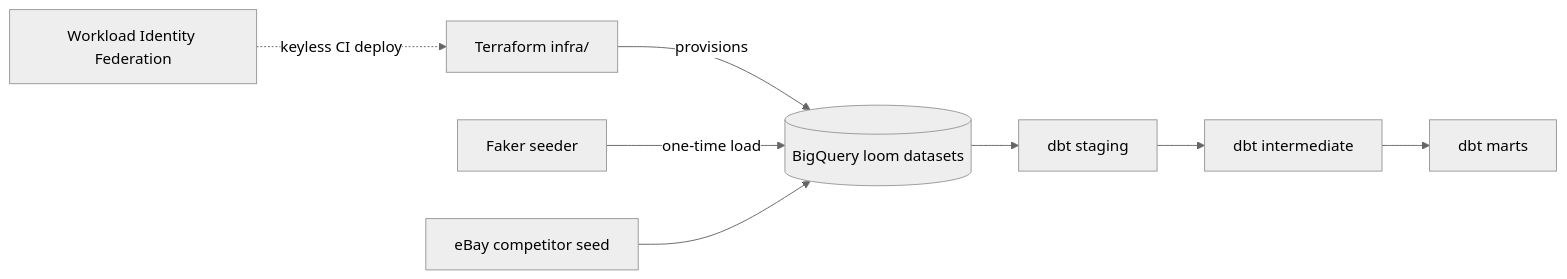
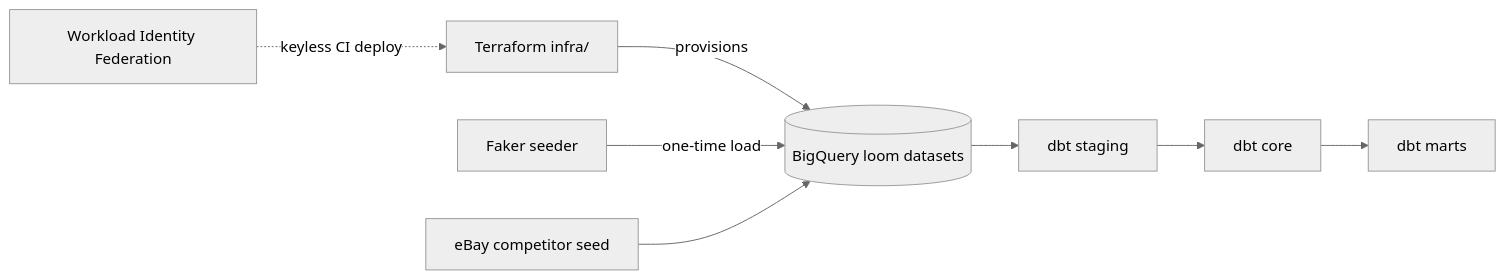
Before and after one commit to willdeeep/data-warehouse-pipeline: the diagram in README.md, drawn with Mermaid (neutral theme). The commit also changed other lines of this file and 4 other files, not shown here.

Commit message:
docs(dbt): update layer/model references to core/ + fct_/rpt_ after restructure

````diff
--- a/README.md
+++ b/README.md
@@ -14,8 +14,8 @@
 ```mermaid
 flowchart LR
   TF[Terraform infra/] -->|provisions| BQ[(BigQuery loom datasets)]
   DG[Faker seeder] -->|one-time load| BQ
   SEED[eBay competitor seed] --> BQ
-  BQ --> STG[dbt staging] --> INT[dbt intermediate] --> MART[dbt marts]
+  BQ --> STG[dbt staging] --> INT[dbt core] --> MART[dbt marts]
   WIF[Workload Identity Federation] -.->|keyless CI deploy| TF
 ```
````
